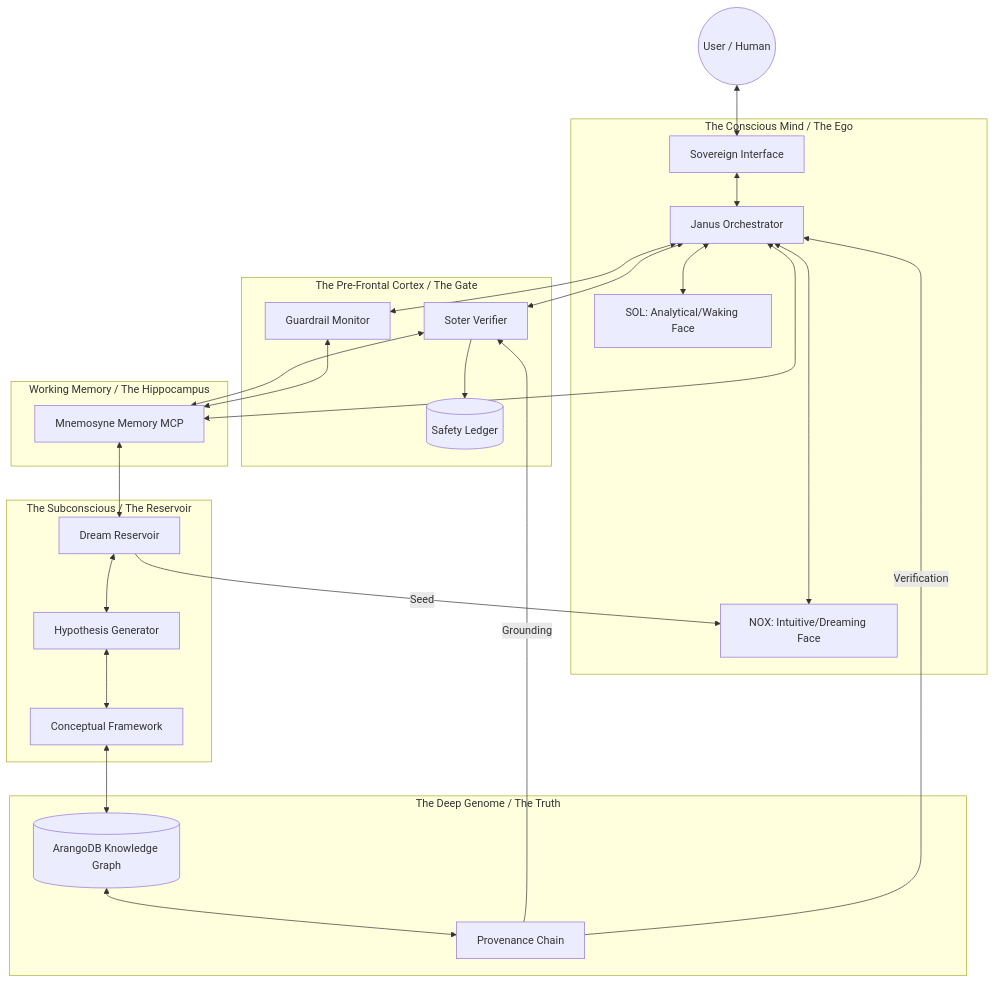
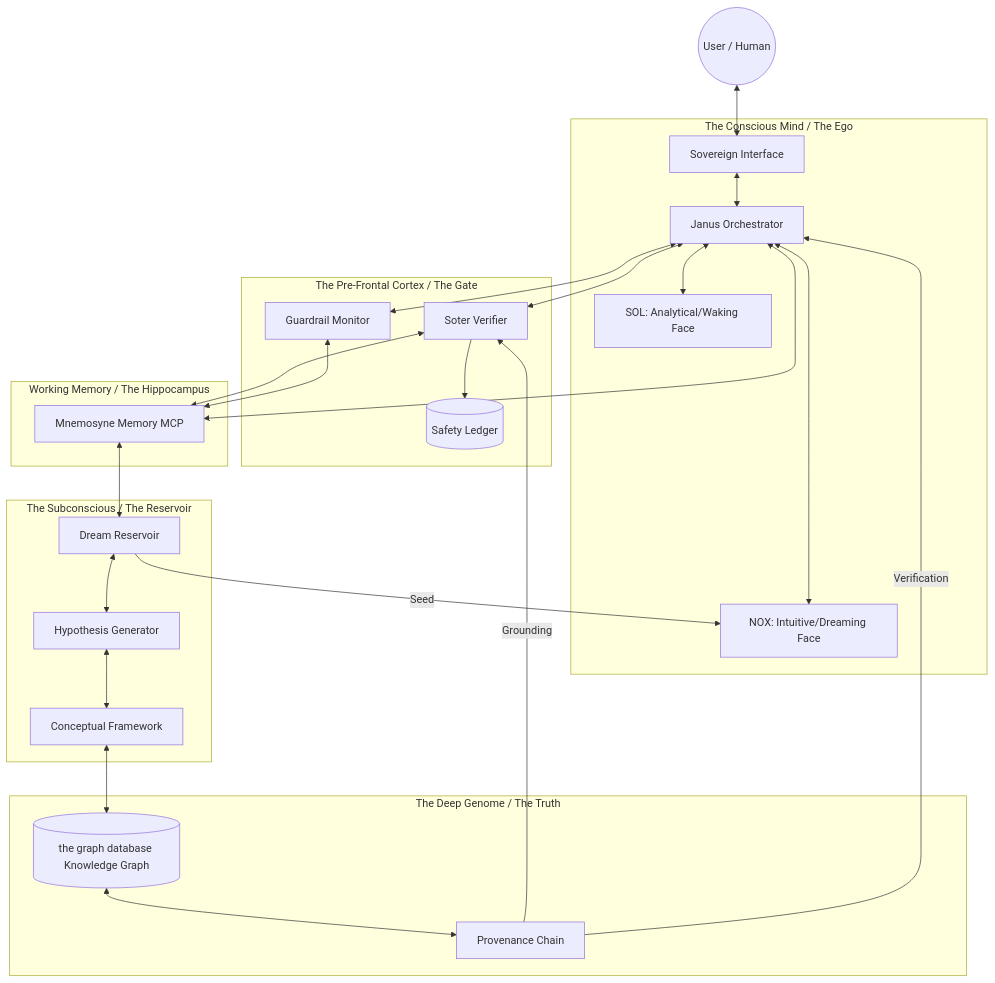
Before and after one commit to TylerGarlick/abraxas: the diagram in docs/architecture/cognitive-map.md, drawn with Mermaid. The commit also changed other lines of this file and 216 other files, not shown here.

````diff
--- a/docs/architecture/cognitive-map.md
+++ b/docs/architecture/cognitive-map.md
@@ -7,44 +7,44 @@
 ```mermaid
 graph TD
     %% USER LAYER
     User((User / Human)) <--> Interface[Sovereign Interface]
 
     %% CONSCIOUS LAYER (The Waking Brain)
     subgraph Conscious_Layer [The Conscious Mind / The Ego]
         Interface <--> Janus[Janus Orchestrator]
         Janus <--> SOL[SOL: Analytical/Waking Face]
         Janus <--> NOX[NOX: Intuitive/Dreaming Face]
     end
 
     %% PRE-FRONTAL CORTEX (The Executive Filter)
     subgraph Executive_Layer [The Pre-Frontal Cortex / The Gate]
         Janus <--> Soter[Soter Verifier]
         Janus <--> Guardrail[Guardrail Monitor]
         Soter --> SafetyLedger[(Safety Ledger)]
     end
 
     %% WORKING MEMORY (The Short-Term Buffer)
     subgraph Working_Memory [Working Memory / The Hippocampus]
         Soter <--> Mnemosyne[Mnemosyne Memory MCP]
         Guardrail <--> Mnemosyne
         Janus <--> Mnemosyne
     end
 
     %% SUBCONSCIOUS LAYER (The Deep Mind)
     subgraph Subconscious_Layer [The Subconscious / The Reservoir]
         Mnemosyne <--> DreamRes[Dream Reservoir]
         DreamRes <--> Hypotheses[Hypothesis Generator]
         Hypotheses <--> Concepts[Conceptual Framework]
     end
 
     %% GENOME LAYER (The Foundation)
     subgraph Genome_Layer [The Deep Genome / The Truth]
-        Concepts <--> GraphDB[(ArangoDB Knowledge Graph)]
+        Concepts <--> GraphDB[(the graph database Knowledge Graph)]
         GraphDB <--> Provenance[Provenance Chain]
     end
 
     %% FLOW
     Provenance -->|Grounding| Soter
     Provenance -->|Verification| Janus
     DreamRes -->|Seed| NOX
 ```
````
